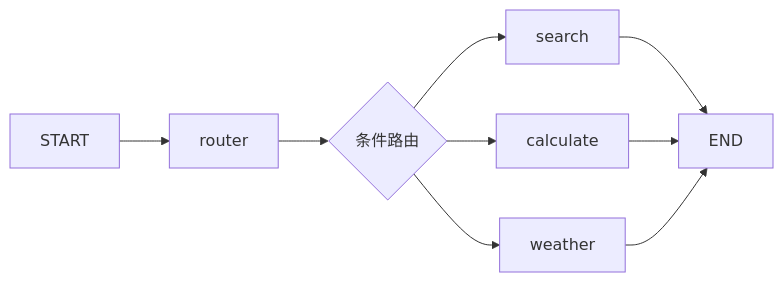
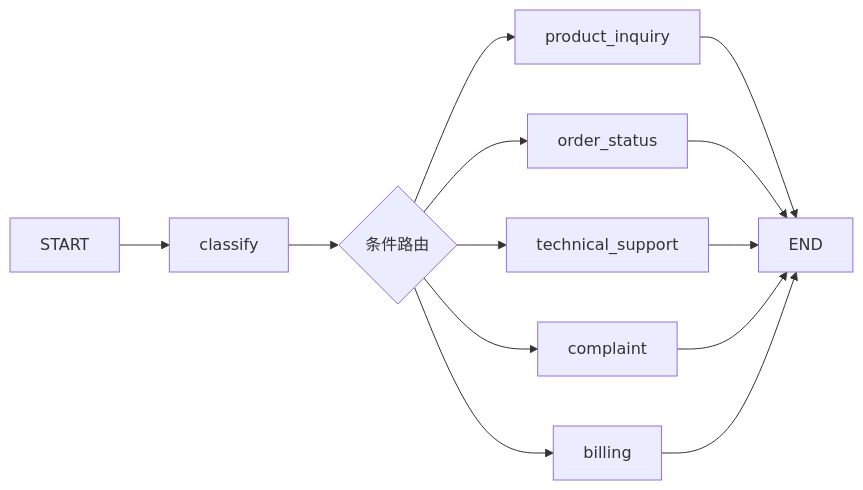
One commit to chain-engine/x-langgraph changed the second of 6 diagrams in README.md. Above: the diagram before and after it, drawn with Mermaid. The commit also changed other lines of this file and 9 other files, not shown here.

First line of the commit message:
refactor(simple_router): 重构为意图分类路由工作流

````diff
--- a/README.md
+++ b/README.md
@@ -216,7 +216,9 @@
 ```mermaid
 flowchart LR
-    START --> router --> route{"条件路由"}
-    route --> search --> END
-    route --> calculate --> END
-    route --> weather --> END
+    START --> classify --> route{"条件路由"}
+    route --> product_inquiry --> END
+    route --> order_status --> END
+    route --> technical_support --> END
+    route --> complaint --> END
+    route --> billing --> END
 ```
````
